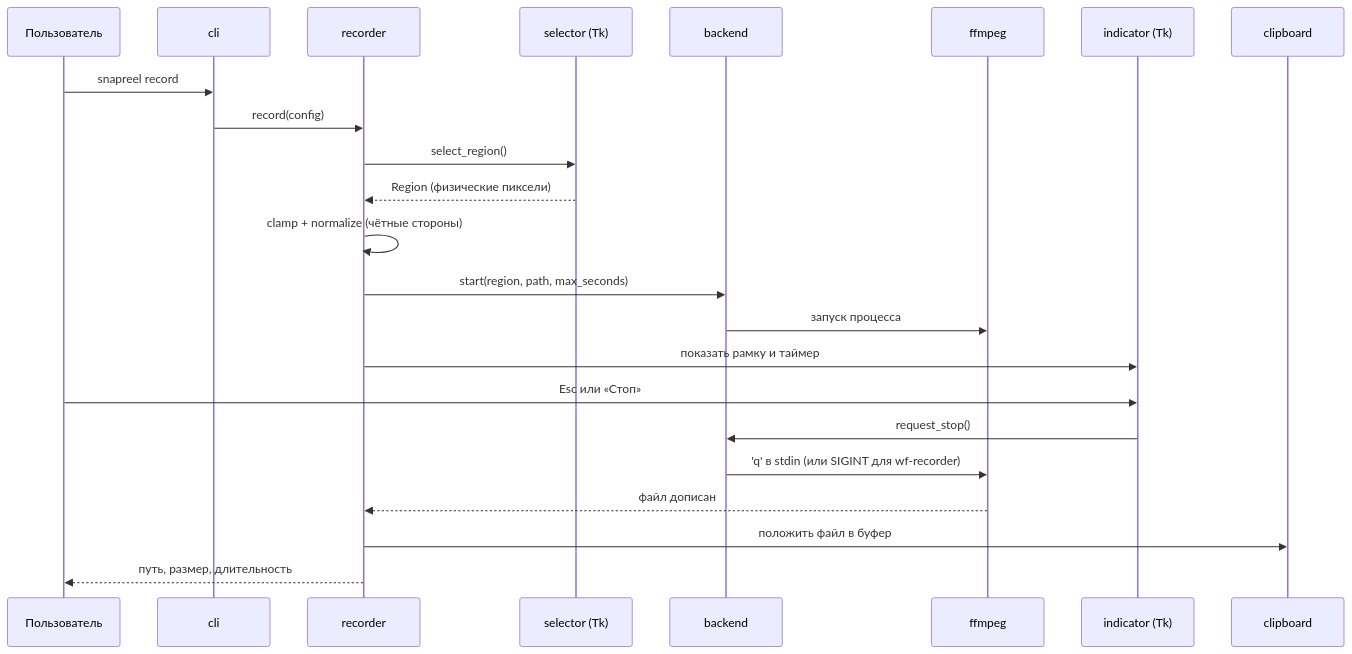
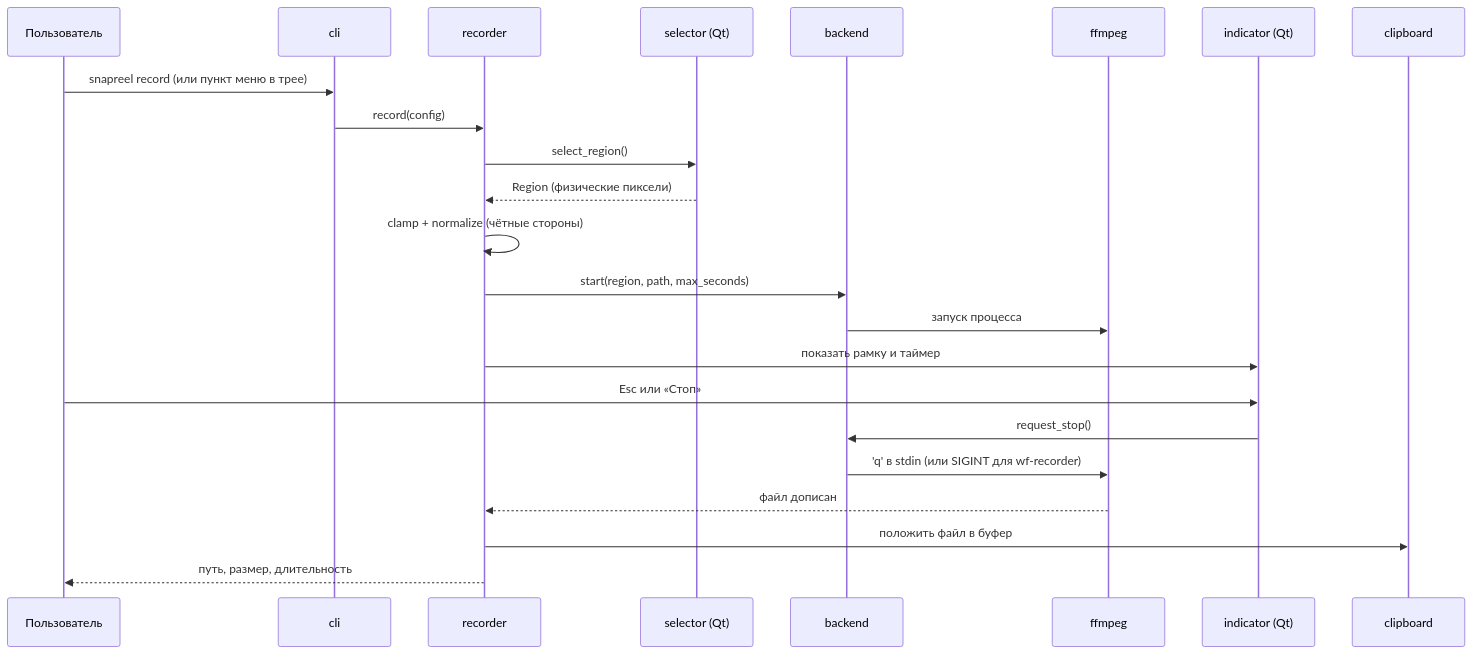
One commit to elementary1997/snapreel changed the third of 4 diagrams in docs/architecture.md. Above: the diagram before and after it, drawn with Mermaid. The commit also changed other lines of this file and 12 other files, not shown here.

````diff
--- a/docs/architecture.md
+++ b/docs/architecture.md
@@ -84,26 +84,26 @@
 ```mermaid
 sequenceDiagram
     participant U as Пользователь
     participant C as cli
     participant R as recorder
-    participant S as selector (Tk)
+    participant S as selector (Qt)
     participant B as backend
     participant F as ffmpeg
-    participant I as indicator (Tk)
+    participant I as indicator (Qt)
     participant K as clipboard
 
-    U->>C: snapreel record
+    U->>C: snapreel record (или пункт меню в трее)
     C->>R: record(config)
     R->>S: select_region()
     S-->>R: Region (физические пиксели)
     R->>R: clamp + normalize (чётные стороны)
     R->>B: start(region, path, max_seconds)
     B->>F: запуск процесса
     R->>I: показать рамку и таймер
     U->>I: Esc или «Стоп»
     I->>B: request_stop()
     B->>F: 'q' в stdin (или SIGINT для wf-recorder)
     F-->>R: файл дописан
     R->>K: положить файл в буфер
     R-->>U: путь, размер, длительность
 ```
````
